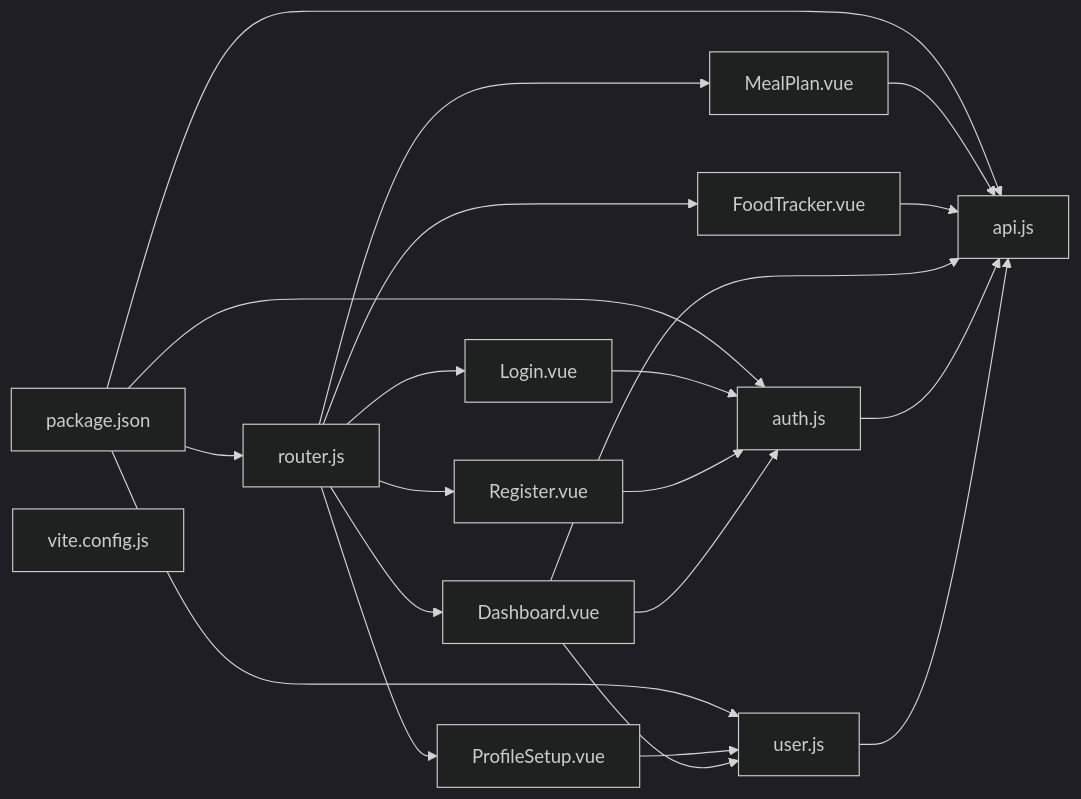
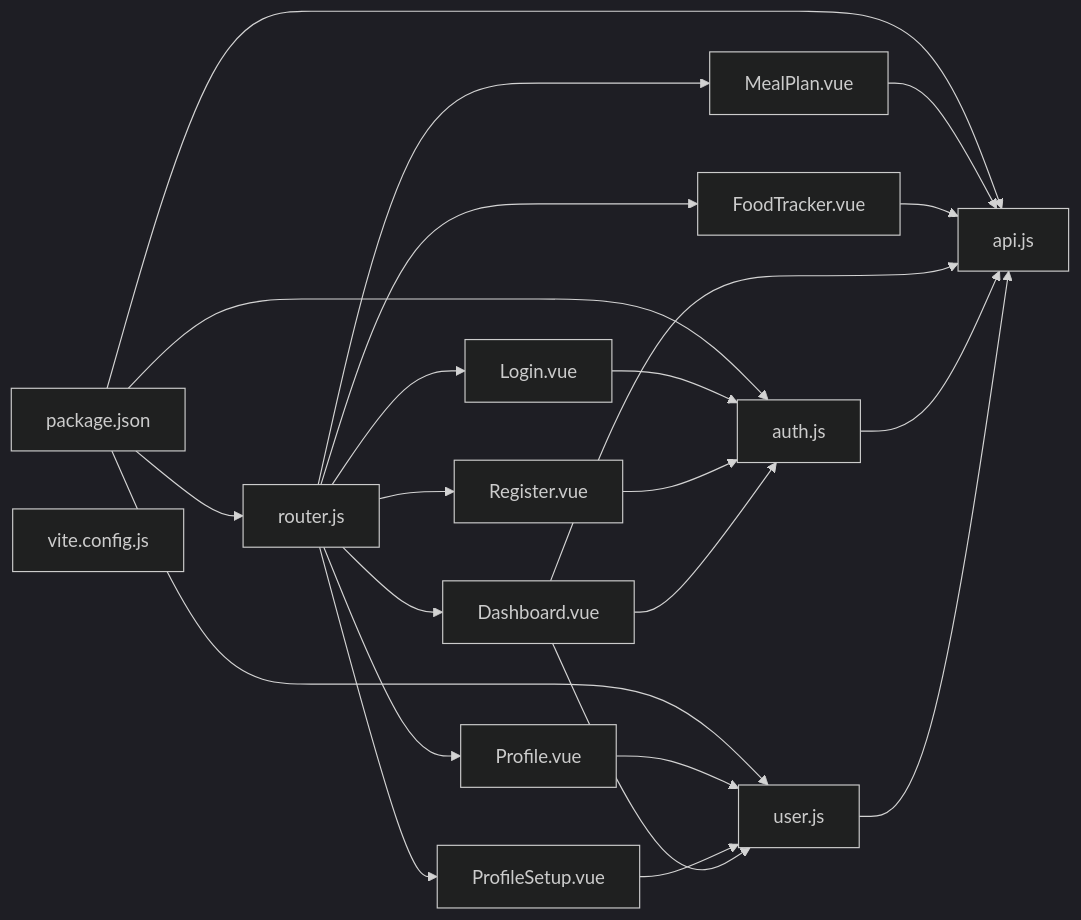
One commit to hsarjun04-netizen/NUTRICooACH changed the third of 3 diagrams in .qoder/repowiki/en/content/Frontend Application/Component Documentation.md. Above: the diagram before and after it, drawn with Mermaid (dark theme). The commit also changed other lines of this file and 9 other files, not shown here.

````diff
--- a/.qoder/repowiki/en/content/Frontend Application/Component Documentation.md
+++ b/.qoder/repowiki/en/content/Frontend Application/Component Documentation.md
@@ -369,35 +376,38 @@
 ```mermaid
 graph LR
 PJSON["package.json"]
 VITE["vite.config.js"]
 ROUTER["router.js"]
 AUTH["auth.js"]
 USER["user.js"]
 API["api.js"]
 LOGIN["Login.vue"]
 REGISTER["Register.vue"]
-PROFILE["ProfileSetup.vue"]
+PROFILE["Profile.vue"]
+PROFILE_SETUP["ProfileSetup.vue"]
 DASHBOARD["Dashboard.vue"]
 MEAL["MealPlan.vue"]
 TRACKER["FoodTracker.vue"]
 PJSON --> ROUTER
 PJSON --> AUTH
 PJSON --> USER
 PJSON --> API
 ROUTER --> LOGIN
 ROUTER --> REGISTER
 ROUTER --> PROFILE
+ROUTER --> PROFILE_SETUP
 ROUTER --> DASHBOARD
 ROUTER --> MEAL
 ROUTER --> TRACKER
 LOGIN --> AUTH
 REGISTER --> AUTH
 PROFILE --> USER
+PROFILE_SETUP --> USER
 DASHBOARD --> AUTH
 DASHBOARD --> USER
 MEAL --> API
 TRACKER --> API
 DASHBOARD --> API
 AUTH --> API
 USER --> API
 ```
````
